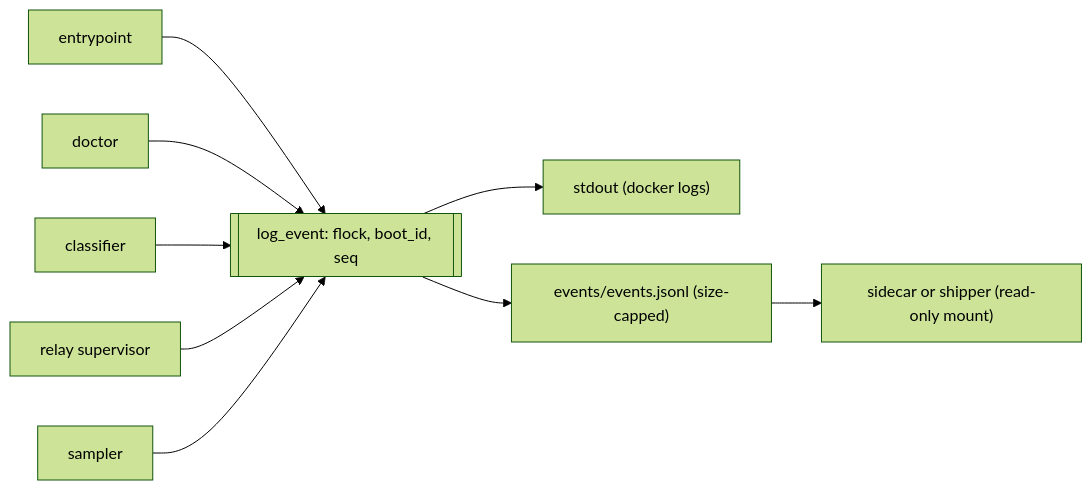
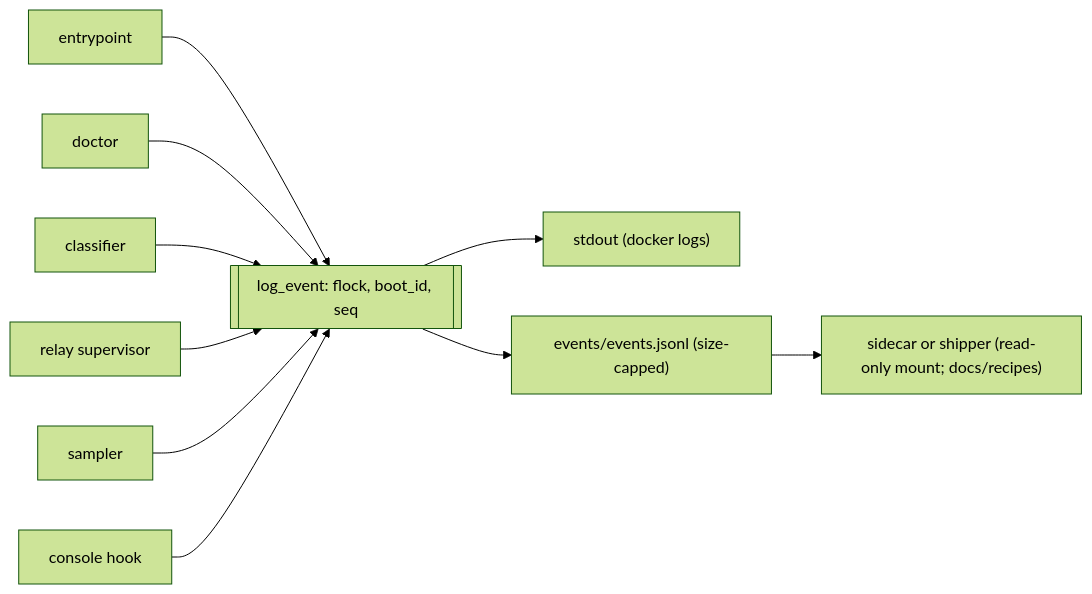
The third of 3 diagrams in docs/architecture.md (RocketEdge/brokersre-ib-gateway), drawn with Mermaid (forest theme) before and after one commit. The commit also changed other lines of this file and 10 other files, not shown here.

````diff
--- a/docs/architecture.md
+++ b/docs/architecture.md
@@ -53,11 +54,12 @@
 ```mermaid
 flowchart LR
   ep["entrypoint"] --> le
   doctor["doctor"] --> le
   classify["classifier"] --> le
   relay["relay supervisor"] --> le
   sampler["sampler"] --> le
+  vnchook["console hook"] --> le
   le[["log_event: flock, boot_id, seq"]] --> out["stdout (docker logs)"]
   le --> file["events/events.jsonl (size-capped)"]
-  file --> reader["sidecar or shipper (read-only mount)"]
+  file --> reader["sidecar or shipper (read-only mount; docs/recipes)"]
 ```
````
